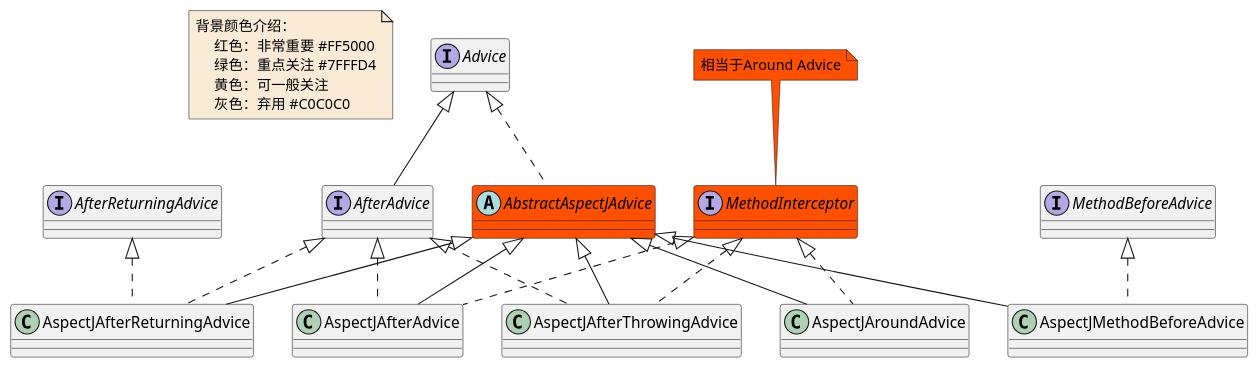
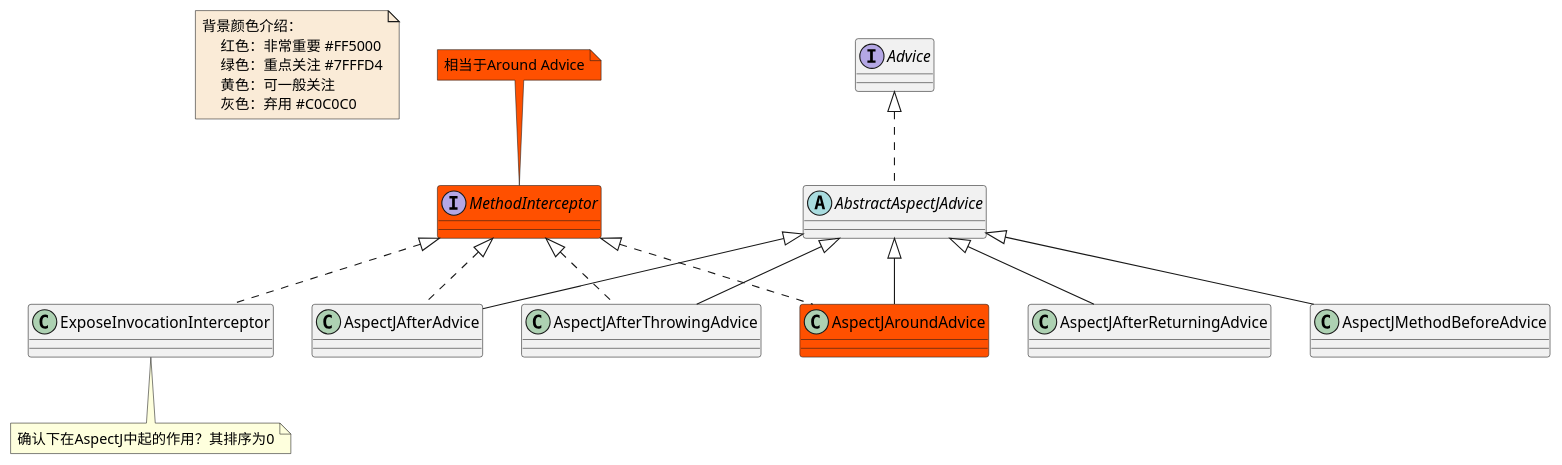
One commit to czwer/learn-spring-code changed the diagram in document/spring/base/class/AOP-AspectJ-Advice-class.puml. Above: the diagram before and after it, drawn with PlantUML. The commit also changed 3 other files, not shown here.

```diff
--- a/document/spring/base/class/AOP-AspectJ-Advice-class.puml
+++ b/document/spring/base/class/AOP-AspectJ-Advice-class.puml
@@ -1,64 +1,48 @@
 @startuml
 
 note  as N1 #FAEBD7
    背景颜色介绍：
         红色：非常重要 #FF5000
         绿色：重点关注 #7FFFD4
         黄色：可一般关注
         灰色：弃用 #C0C0C0
 end note
 
 interface Advice
-interface AfterAdvice
-interface AfterReturningAdvice
-interface MethodBeforeAdvice
 interface MethodInterceptor #FF5000
 note top #FF5000: 相当于Around Advice
+class ExposeInvocationInterceptor
+note bottom : 确认下在AspectJ中起的作用？其排序为0
 
-abstract class AbstractAspectJAdvice #FF5000
+abstract class AbstractAspectJAdvice
 class AspectJAfterAdvice
 class AspectJAfterReturningAdvice
 class AspectJAfterThrowingAdvice
-class AspectJAroundAdvice
+class AspectJAroundAdvice #FF5000
 class AspectJMethodBeforeAdvice
 
 
 
 
 
 AbstractAspectJAdvice <|-- AspectJAfterAdvice
 AbstractAspectJAdvice <|-- AspectJAfterReturningAdvice
 AbstractAspectJAdvice <|-- AspectJAroundAdvice
 AbstractAspectJAdvice <|-- AspectJAfterThrowingAdvice
 AbstractAspectJAdvice <|-- AspectJMethodBeforeAdvice
 
 
 Advice <|.. AbstractAspectJAdvice
-Advice <|-- AfterAdvice
-
-
-AfterAdvice <|.. AspectJAfterAdvice
-AfterAdvice <|.. AspectJAfterReturningAdvice
-AfterAdvice <|.. AspectJAfterThrowingAdvice
-
-
-
-
-AfterReturningAdvice <|..  AspectJAfterReturningAdvice
-
-
-
-
-MethodBeforeAdvice <|.. AspectJMethodBeforeAdvice
 
 
 
 MethodInterceptor <|.. AspectJAfterAdvice
 MethodInterceptor <|.. AspectJAfterThrowingAdvice
 MethodInterceptor <|.. AspectJAroundAdvice
+MethodInterceptor <|.. ExposeInvocationInterceptor
 
 
 
 
 
 @enduml
```
